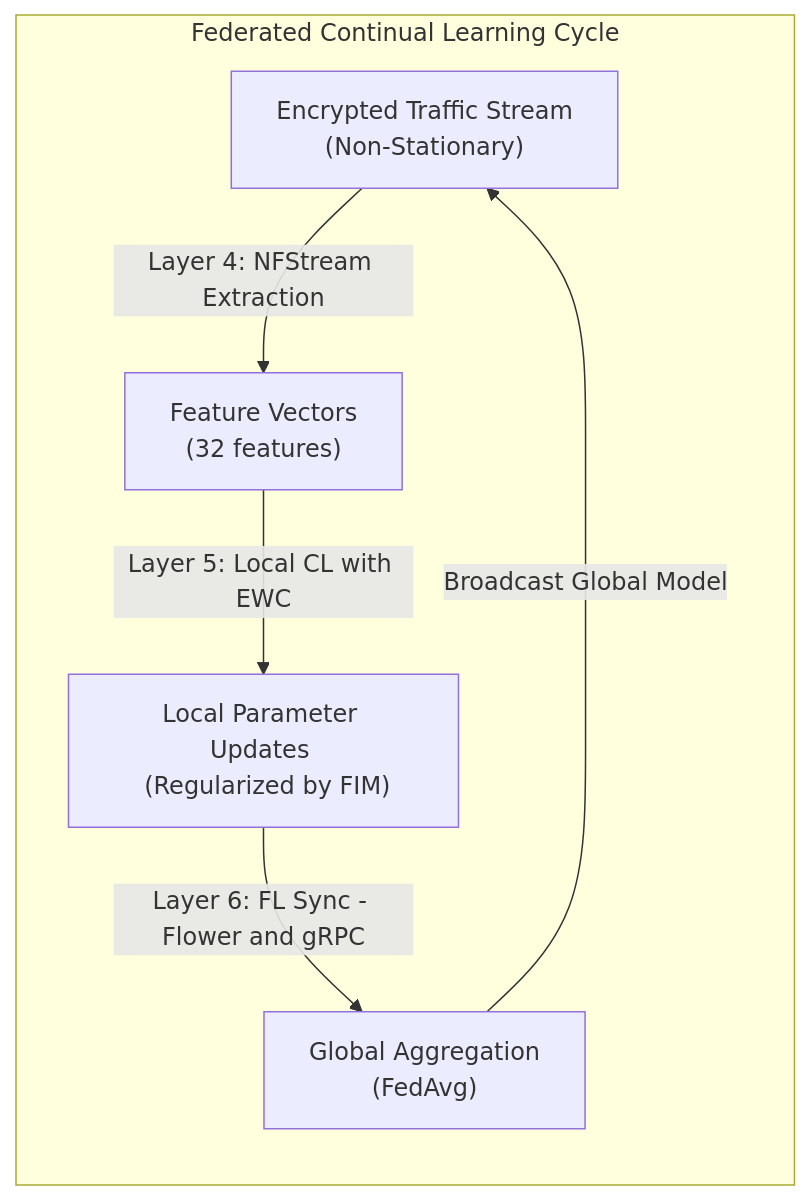
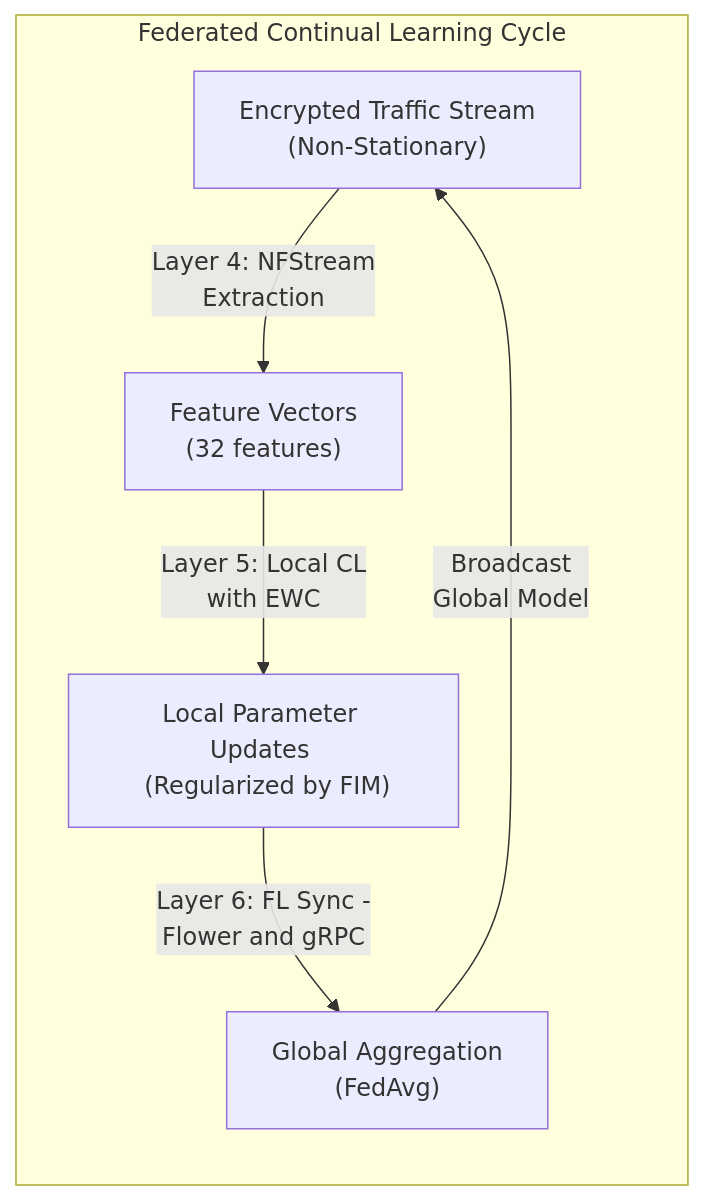
The first of 4 diagrams in docs/04_deployment_walkthrough.md (rhaffle87/fl-cl), drawn with Mermaid before and after one commit. The commit also changed other lines of this file, not shown here.

Commit message:
docs: add comprehensive deployment walkthrough for the FCL cyber defense testbed

````diff
--- a/docs/04_deployment_walkthrough.md
+++ b/docs/04_deployment_walkthrough.md
@@ -14,9 +14,9 @@
 ```mermaid
 graph RL
     subgraph Conceptual_Pipeline ["Federated Continual Learning Cycle"]
-        DataStream["Encrypted Traffic Stream <br> (Non-Stationary)"] -->|Layer 4: NFStream Extraction| FeatureTensors["Feature Vectors <br> (32 features)"]
-        FeatureTensors -->|Layer 5: Local CL with EWC| LocalUpdates["Local Parameter Updates <br> (Regularized by FIM)"]
-        LocalUpdates -->|Layer 6: FL Sync - Flower and gRPC| GlobalAggregator["Global Aggregation <br> (FedAvg)"]
-        GlobalAggregator -->|Broadcast Global Model| DataStream
+        DataStream["Encrypted Traffic Stream <br> (Non-Stationary)"] -->|Layer 4: NFStream <br> Extraction| FeatureTensors["Feature Vectors <br> (32 features)"]
+        FeatureTensors -->|Layer 5: Local CL <br> with EWC| LocalUpdates["Local Parameter Updates <br> (Regularized by FIM)"]
+        LocalUpdates -->|Layer 6: FL Sync - <br> Flower and gRPC| GlobalAggregator["Global Aggregation <br> (FedAvg)"]
+        GlobalAggregator -->|Broadcast <br> Global Model| DataStream
     end
 ```
````
